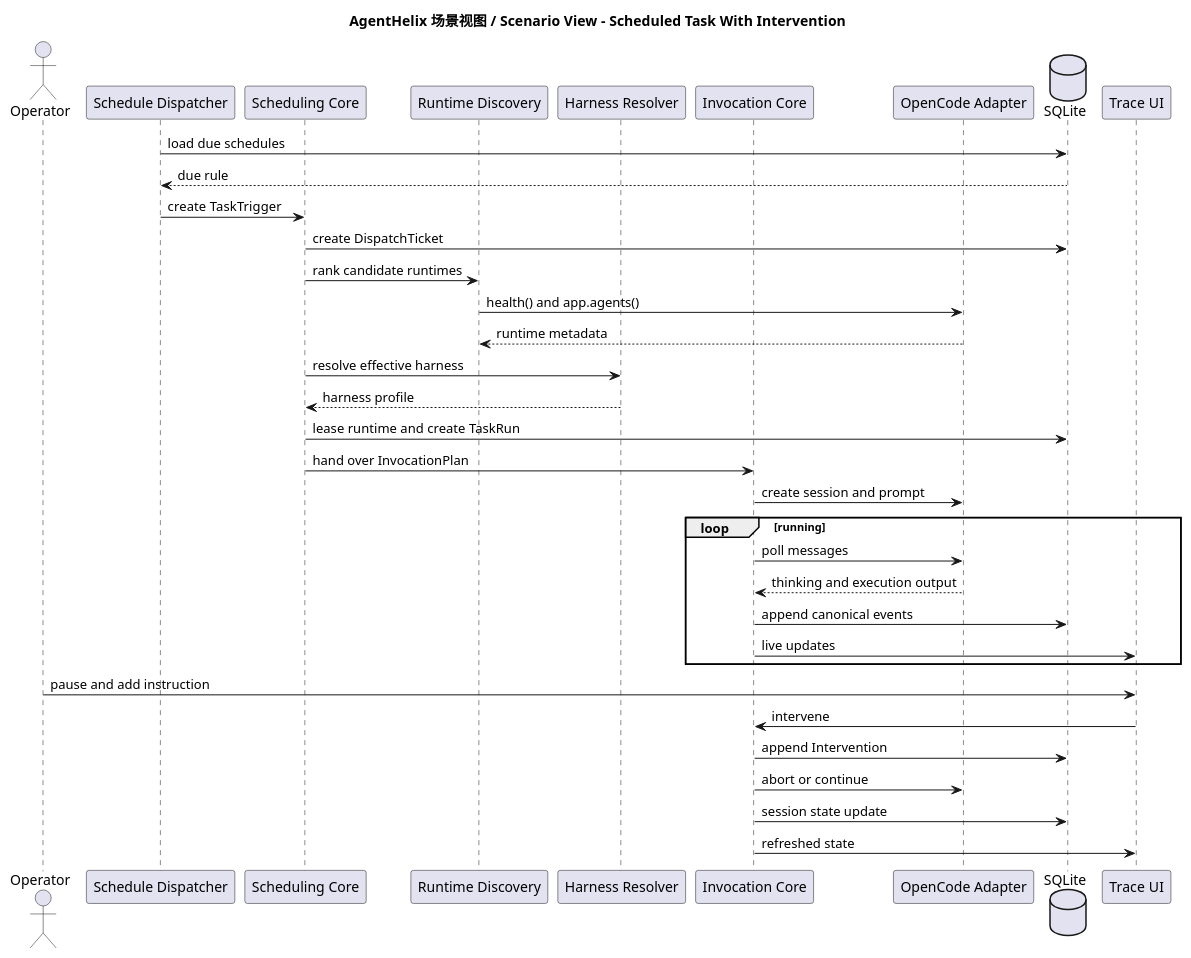
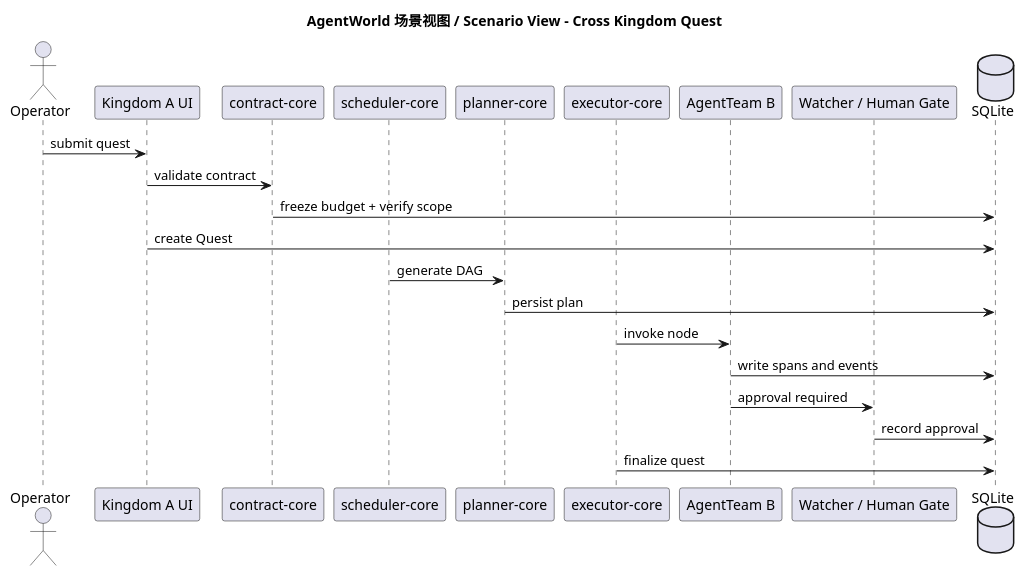
Before and after one commit to SimonMing47/agent-world: the fifth of 7 diagrams in docs/detailed-design.zh-CN.md, drawn with PlantUML. The commit also changed other lines of this file and 3 other files, not shown here.

````diff
--- a/docs/detailed-design.zh-CN.md
+++ b/docs/detailed-design.zh-CN.md
@@ -1303,41 +1049,28 @@
 ```plantuml
 @startuml
-title AgentHelix 场景视图 / Scenario View - Scheduled Task With Intervention
+title AgentWorld 场景视图 / Scenario View - Cross Kingdom Quest
 
 actor Operator
-participant "Schedule Dispatcher" as Dispatcher
-participant "Scheduling Core" as Scheduler
-participant "Runtime Discovery" as Discovery
-participant "Harness Resolver" as Harness
-participant "Invocation Core" as Invocation
-participant "OpenCode Adapter" as Adapter
+participant "Kingdom A UI" as A
+participant "contract-core" as ContractCore
+participant "scheduler-core" as Scheduler
+participant "planner-core" as Planner
+participant "executor-core" as Executor
+participant "AgentTeam B" as TeamB
+participant "Watcher / Human Gate" as Watcher
 database "SQLite" as DB
-participant "Trace UI" as TraceUI
 
-Dispatcher -> DB : load due schedules
-DB --> Dispatcher : due rule
-Dispatcher -> Scheduler : create TaskTrigger
-Scheduler -> DB : create DispatchTicket
-Scheduler -> Discovery : rank candidate runtimes
-Discovery -> Adapter : health() and app.agents()
-Adapter --> Discovery : runtime metadata
-Scheduler -> Harness : resolve effective harness
-Harness --> Scheduler : harness profile
-Scheduler -> DB : lease runtime and create TaskRun
-Scheduler -> Invocation : hand over InvocationPlan
-Invocation -> Adapter : create session and prompt
-loop running
-  Invocation -> Adapter : poll messages
-  Adapter --> Invocation : thinking and execution output
-  Invocation -> DB : append canonical events
-  Invocation -> TraceUI : live updates
-end
-Operator -> TraceUI : pause and add instruction
-TraceUI -> Invocation : intervene
-Invocation -> DB : append Intervention
-Invocation -> Adapter : abort or continue
-Invocation -> DB : session state update
-Invocation -> TraceUI : refreshed state
+Operator -> A : submit quest
+A -> ContractCore : validate contract
+ContractCore -> DB : freeze budget + verify scope
+A -> DB : create Quest
+Scheduler -> Planner : generate DAG
+Planner -> DB : persist plan
+Executor -> TeamB : invoke node
+TeamB -> DB : write spans and events
+TeamB -> Watcher : approval required
+Watcher -> DB : record approval
+Executor -> DB : finalize quest
 
 @enduml
 ```
````
